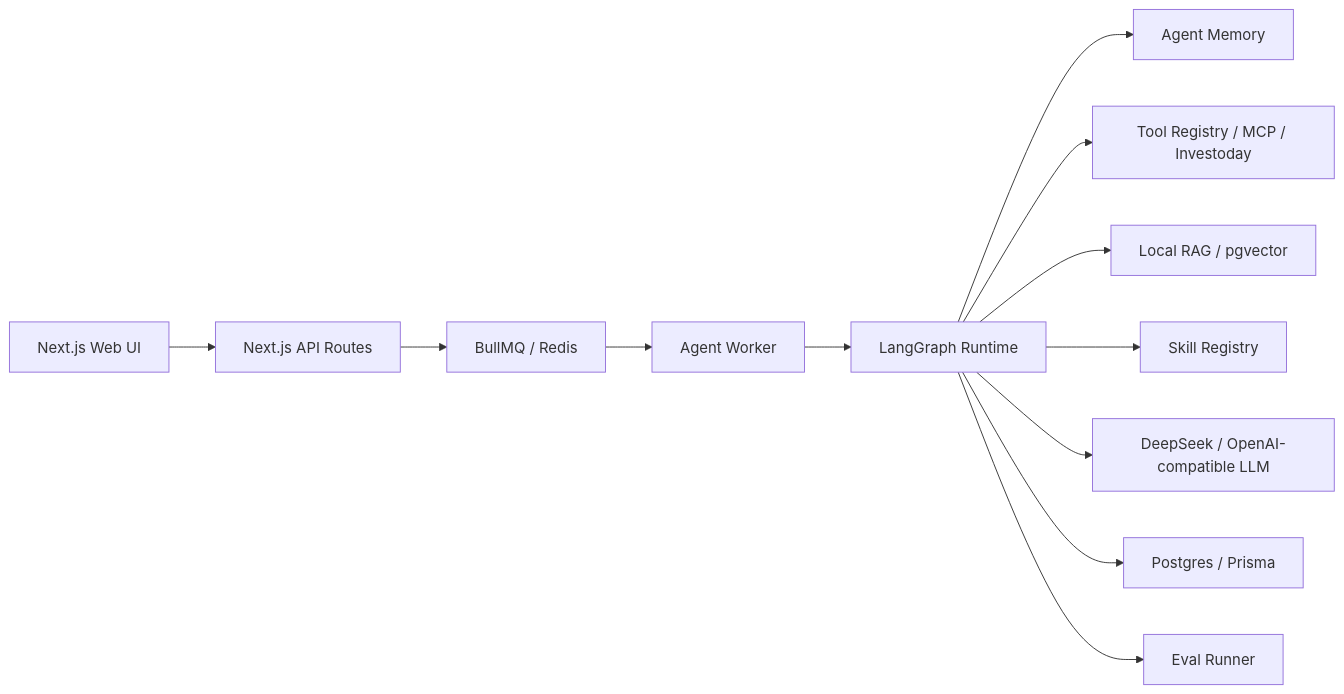
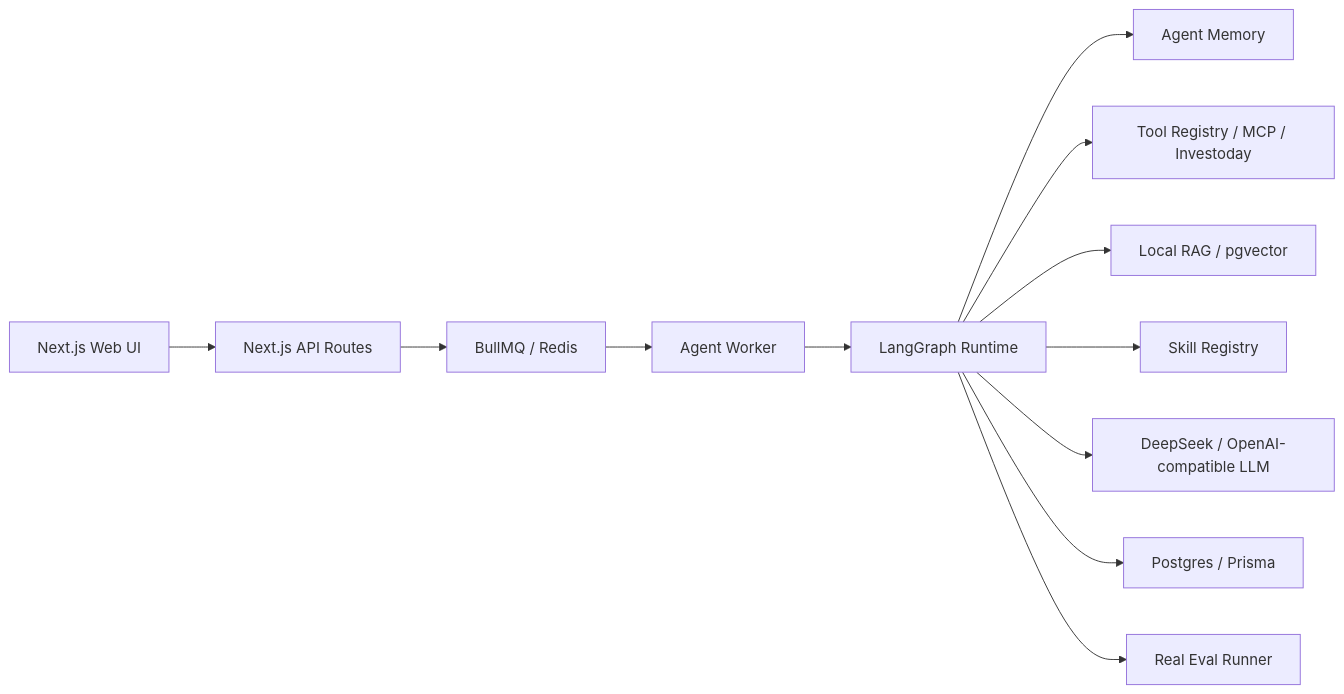
One commit to zhengzeyong9527-droid/Investment-research changed the diagram in README.md. Above: the diagram before and after it, drawn with Mermaid. The commit also changed other lines of this file and 18 other files, not shown here.

````diff
--- a/README.md
+++ b/README.md
@@ -56,14 +56,14 @@
 ```mermaid
 flowchart LR
   UI["Next.js Web UI"] --> API["Next.js API Routes"]
   API --> Queue["BullMQ / Redis"]
   Queue --> Worker["Agent Worker"]
   Worker --> Graph["LangGraph Runtime"]
   Graph --> Memory["Agent Memory"]
   Graph --> Tools["Tool Registry / MCP / Investoday"]
   Graph --> RAG["Local RAG / pgvector"]
   Graph --> Skills["Skill Registry"]
   Graph --> Model["DeepSeek / OpenAI-compatible LLM"]
   Graph --> DB["Postgres / Prisma"]
-  Graph --> Eval["Eval Runner"]
+  Graph --> Eval["Real Eval Runner"]
 ```
````
